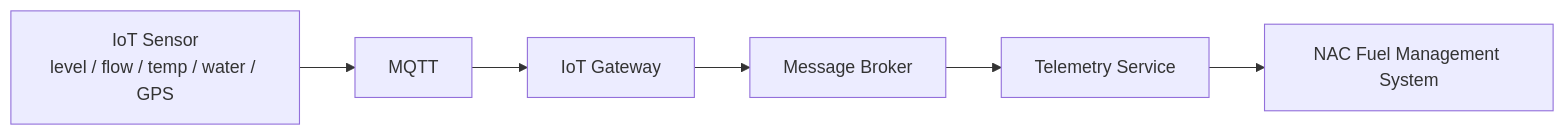
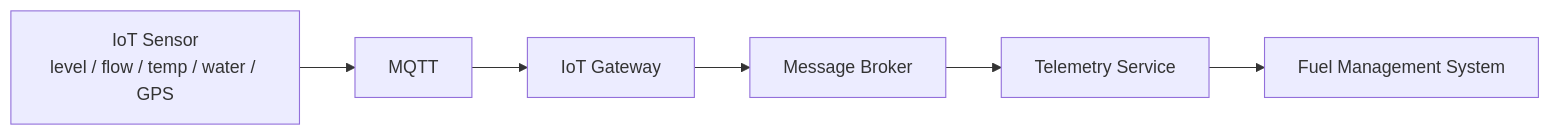
The diagram in IOT_INTEGRATION.md (kmaisanquantum/NAC-Fuel-Management-System), drawn with Mermaid before and after one commit. The commit also changed 80 other files, not shown here.

````diff
--- a/IOT_INTEGRATION.md
+++ b/IOT_INTEGRATION.md
@@ -5,8 +5,8 @@
 ```mermaid
 flowchart LR
     SENSOR[IoT Sensor<br/>level / flow / temp / water / GPS] --> MQTT[MQTT]
     MQTT --> GW[IoT Gateway]
     GW --> BROKER[Message Broker]
     BROKER --> TELEMETRY[Telemetry Service]
-    TELEMETRY --> NAFMS[NAC Fuel Management System]
+    TELEMETRY --> NAFMS[Fuel Management System]
 ```
````
